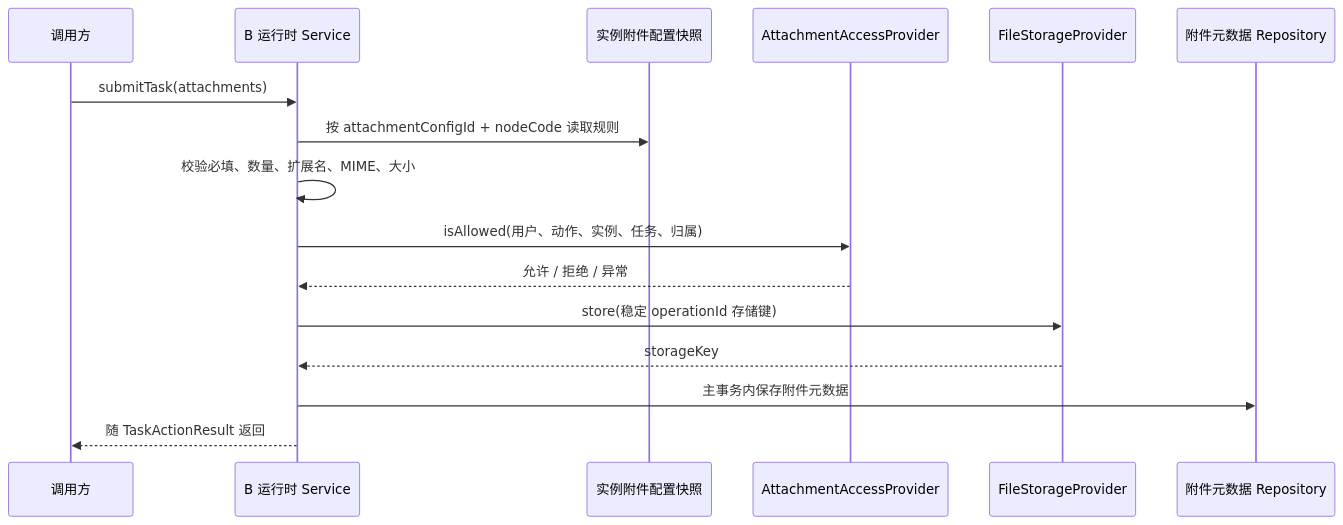
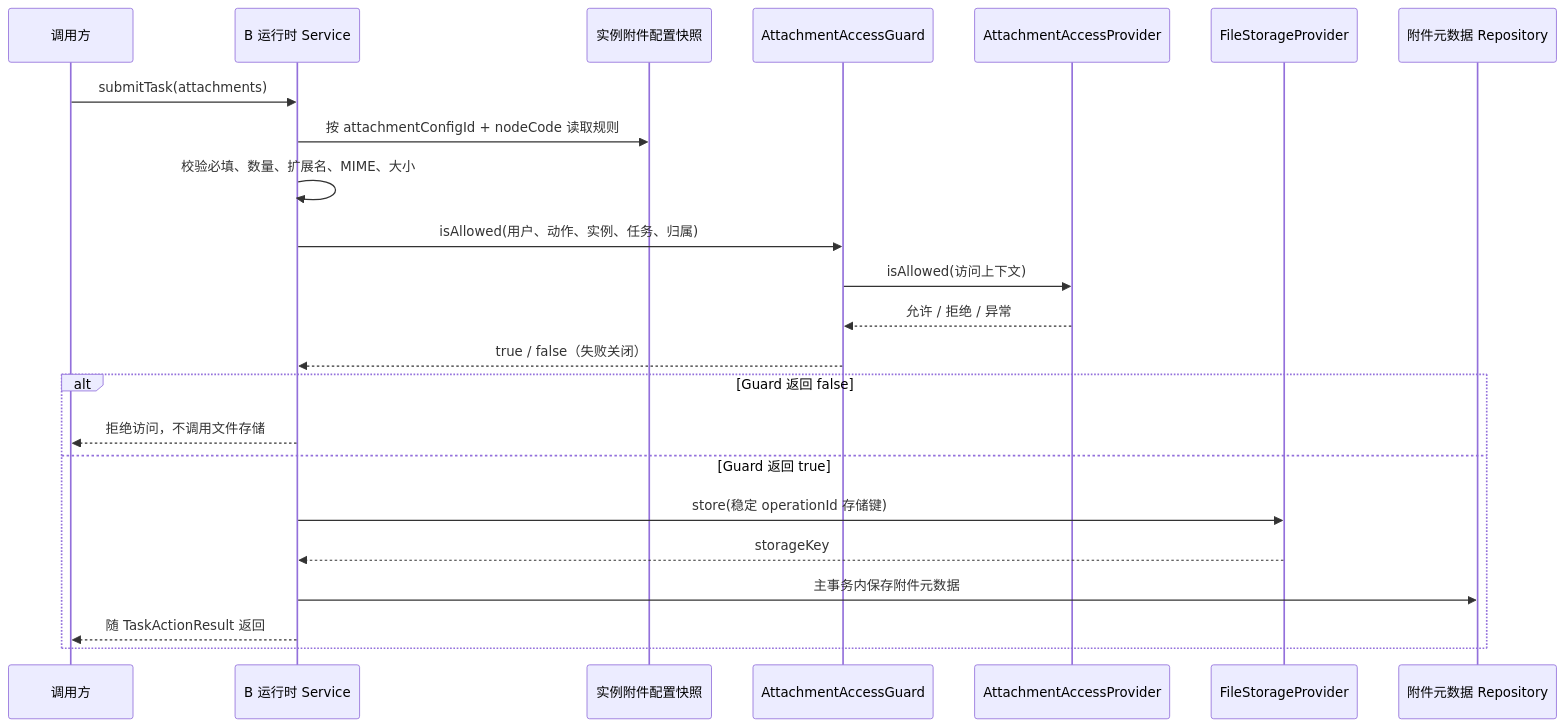
One commit to ZQ7777777/flow-mind changed the seventh of 8 diagrams in doc/实习生B/流程平台技术文档_实习生B.md. Above: the diagram before and after it, drawn with Mermaid. The commit also changed other lines of this file and 8 other files, not shown here.

````diff
--- a/doc/实习生B/流程平台技术文档_实习生B.md
+++ b/doc/实习生B/流程平台技术文档_实习生B.md
@@ -471,18 +471,25 @@
 ```mermaid
 sequenceDiagram
     participant U as 调用方
     participant B as B 运行时 Service
     participant Config as 实例附件配置快照
+    participant Guard as AttachmentAccessGuard
     participant Access as AttachmentAccessProvider
     participant Storage as FileStorageProvider
     participant Repo as 附件元数据 Repository
     U->>B: submitTask(attachments)
     B->>Config: 按 attachmentConfigId + nodeCode 读取规则
     B->>B: 校验必填、数量、扩展名、MIME、大小
-    B->>Access: isAllowed(用户、动作、实例、任务、归属)
-    Access-->>B: 允许 / 拒绝 / 异常
-    B->>Storage: store(稳定 operationId 存储键)
-    Storage-->>B: storageKey
-    B->>Repo: 主事务内保存附件元数据
-    B-->>U: 随 TaskActionResult 返回
+    B->>Guard: isAllowed(用户、动作、实例、任务、归属)
+    Guard->>Access: isAllowed(访问上下文)
+    Access-->>Guard: 允许 / 拒绝 / 异常
+    Guard-->>B: true / false（失败关闭）
+    alt Guard 返回 false
+        B-->>U: 拒绝访问，不调用文件存储
+    else Guard 返回 true
+        B->>Storage: store(稳定 operationId 存储键)
+        Storage-->>B: storageKey
+        B->>Repo: 主事务内保存附件元数据
+        B-->>U: 随 TaskActionResult 返回
+    end
 ```
````
